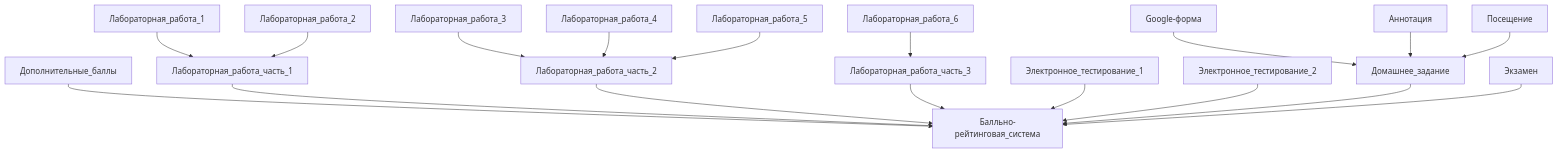
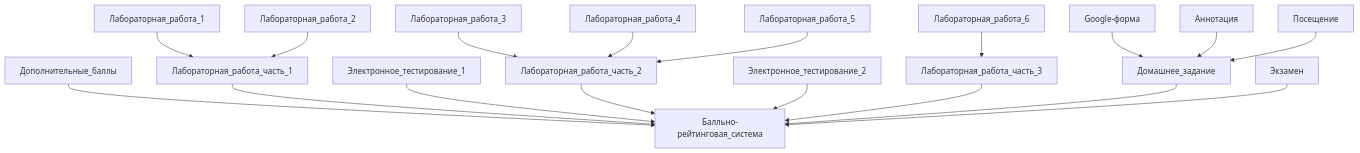
Before and after one commit to Steralka/ITMO: the diagram in 1 Семестр/Информатика/README.md, drawn with Mermaid. The commit also changed other lines of this file, not shown here.

````diff
--- a/1 Семестр/Информатика/README.md
+++ b/1 Семестр/Информатика/README.md
@@ -39,24 +39,24 @@
 ```mermaid
 graph TD;
 Лабораторная_работа_1-->Лабораторная_работа_часть_1;
 Лабораторная_работа_2-->Лабораторная_работа_часть_1;
 
 Лабораторная_работа_3-->Лабораторная_работа_часть_2;
 Лабораторная_работа_4-->Лабораторная_работа_часть_2;
 Лабораторная_работа_5-->Лабораторная_работа_часть_2;
 
 Лабораторная_работа_6-->Лабораторная_работа_часть_3;
 
 Google-форма-->Домашнее_задание;
 Аннотация-->Домашнее_задание;
 Посещение-->Домашнее_задание;
 
 Дополнительные_баллы-->Балльно-рейтинговая_система;
 Лабораторная_работа_часть_1-->Балльно-рейтинговая_система;
+Электронное_тестирование_1-->Балльно-рейтинговая_система;
 Лабораторная_работа_часть_2-->Балльно-рейтинговая_система;
+Электронное_тестирование_2-->Балльно-рейтинговая_система;
 Лабораторная_работа_часть_3-->Балльно-рейтинговая_система;
-Электронное_тестирование_1-->Балльно-рейтинговая_система;
-Электронное_тестирование_2-->Балльно-рейтинговая_система;
 Домашнее_задание-->Балльно-рейтинговая_система;
 Экзамен-->Балльно-рейтинговая_система;
 ```
````
